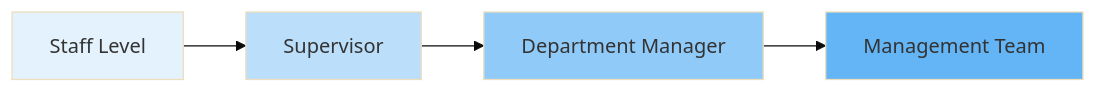
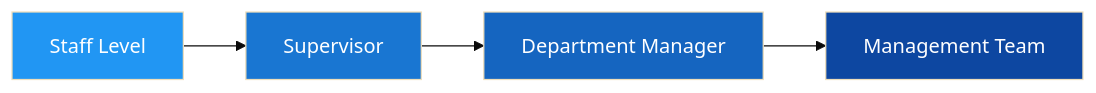
The second of 2 diagrams in departments/maintenance/workflow-diagram.md (keeptracknepal/documentation), drawn with Mermaid (base theme) before and after one commit. The commit also changed other lines of this file, not shown here.

Commit message:
chaged color once more

````diff
--- a/departments/maintenance/workflow-diagram.md
+++ b/departments/maintenance/workflow-diagram.md
@@ -88,11 +88,11 @@
 ```mermaid
 flowchart LR
     A[Staff Level] --> B[Supervisor]
     B --> C[Department Manager]
     C --> D[Management Team]
     
-    style A fill:#e3f2fd
-    style B fill:#bbdefb
-    style C fill:#90caf9
-    style D fill:#64b5f6
+    style A fill:#2196f3,color:#fff
+    style B fill:#1976d2,color:#fff
+    style C fill:#1565c0,color:#fff
+    style D fill:#0d47a1,color:#fff
 ```
````
